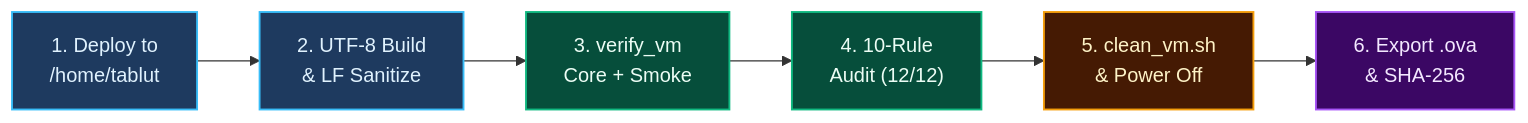
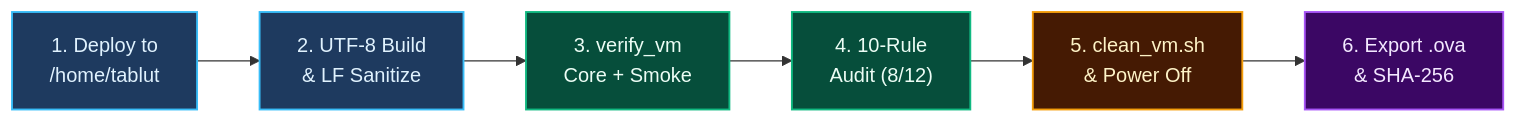
One commit to MercuryDCD/Tablut-FundamentalsAIMASTER changed the diagram in docs/wiki/08-VM-Deployment-and-Verification-Guide.md. Above: the diagram before and after it, drawn with Mermaid. The commit also changed other lines of this file and 10 other files, not shown here.

````diff
--- a/docs/wiki/08-VM-Deployment-and-Verification-Guide.md
+++ b/docs/wiki/08-VM-Deployment-and-Verification-Guide.md
@@ -7,18 +7,18 @@
 ```mermaid
 ---
 config:
   flowchart:
     wrappingWidth: 600
 ---
 flowchart LR
     classDef step fill:#1e3a5f,stroke:#38bdf8,color:#e0f2fe,stroke-width:1.5px
     classDef check fill:#064e3b,stroke:#10b981,color:#ecfdf5,stroke-width:1.5px
     classDef clean fill:#451a03,stroke:#f59e0b,color:#fef3c7,stroke-width:1.5px
     classDef ship fill:#3b0764,stroke:#a855f7,color:#f3e8ff,stroke-width:1.5px
 
     S1["1. Deploy to\n/home/tablut"]:::step --> S2["2. UTF-8 Build\n& LF Sanitize"]:::step
     S2 --> S3["3. verify_vm\nCore + Smoke"]:::check
-    S3 --> S4["4. 10-Rule\nAudit (12/12)"]:::check
+    S3 --> S4["4. 10-Rule\nAudit (8/12)"]:::check
     S4 --> S5["5. clean_vm.sh\n& Power Off"]:::clean
     S5 --> S6["6. Export .ova\n& SHA-256"]:::ship
 ```
````
